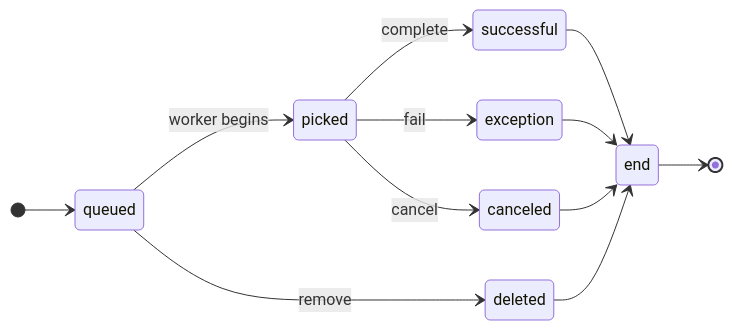
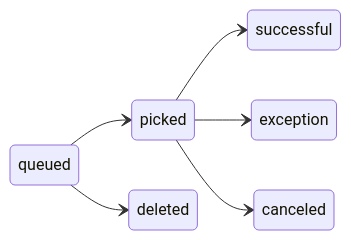
Before and after one commit to janbjorge/pgqueuer: the second of 2 diagrams in docs/architecture.md, drawn with Mermaid.

````diff
--- a/docs/architecture.md
+++ b/docs/architecture.md
@@ -70,15 +70,9 @@
 ```{mermaid}
 stateDiagram-v2
     direction LR
-    [*] --> queued
-    queued --> picked: worker begins
-    queued --> deleted: remove
-    picked --> successful: complete
-    picked --> exception: fail
-    picked --> canceled: cancel
-    successful --> end
-    exception --> end
-    canceled --> end
-    deleted --> end
-    end --> [*]
+    queued --> picked
+    queued --> deleted
+    picked --> successful
+    picked --> exception
+    picked --> canceled
 ```
````
